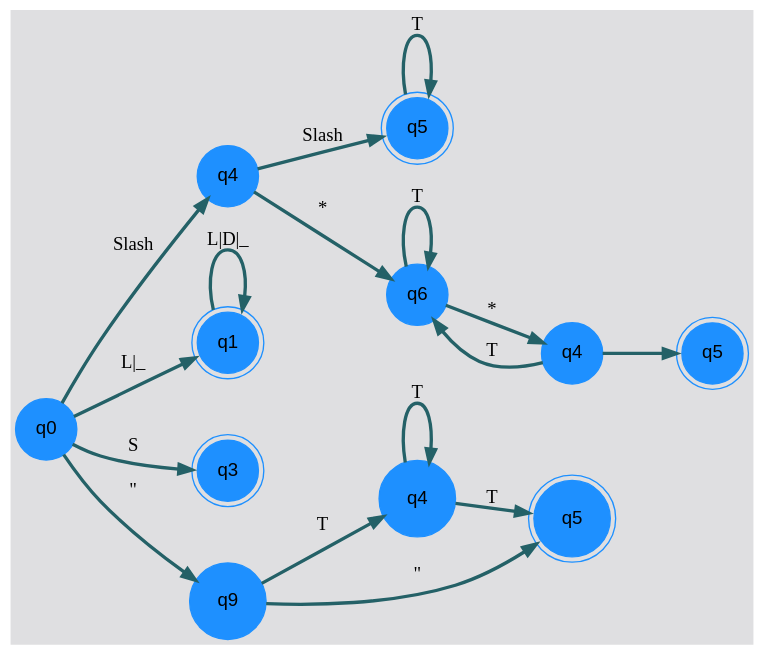
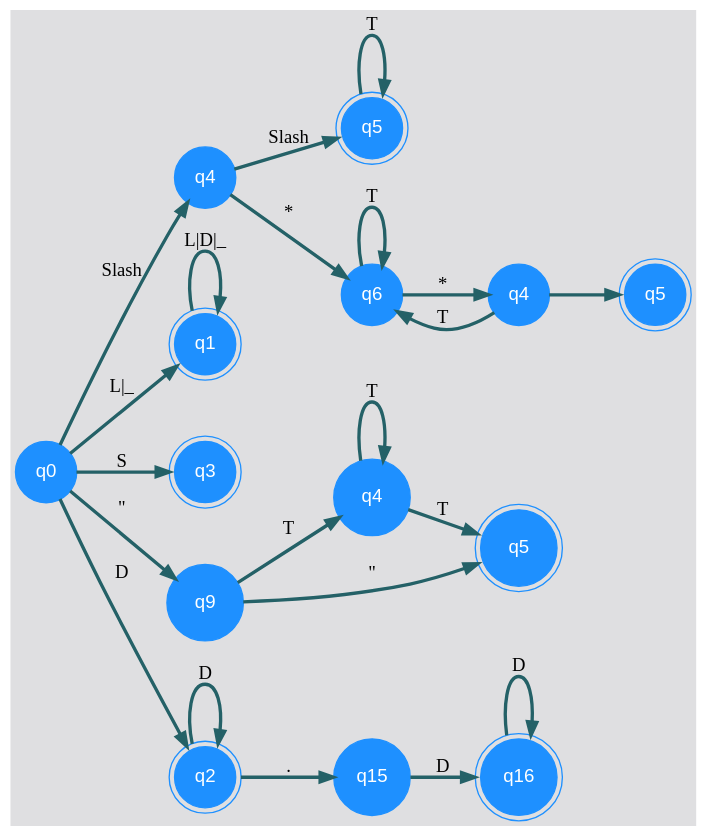
One commit to hr9457/OLC1_Proyecto1_201314296 changed the diagram in ReporteGrafico/grafo.dot. Above: the diagram before and after it, drawn with Graphviz. The commit also changed 22 other files, not shown here.

```diff
--- a/ReporteGrafico/grafo.dot
+++ b/ReporteGrafico/grafo.dot
@@ -1,34 +1,42 @@
 digraph automa {
 nodesep=0.6;
 rankdir=LR;
 bgcolor = "#DFDFE1";
-node [shape = circle, color=dodgerblue,style=filled,fontname ="helvetica"];
-edge[penwidth=2.5, color="#246167"]
+node [shape = circle, color=dodgerblue,style=filled,fontname ="helvetica" ,fontcolor=white];
+edge[penwidth=2.5, color="#246167" ,fontname ="Comic Sans MS",fontcolor=Black ]
 nodoRaiz[label="q0"];
 nodoSlash [shape=circle, label="q4"];
 nodoTodillo [shape=doublecircle, label="q5"];
 nodoRaiz->nodoSlash [label=" Slash\ "];
 nodoSlash->nodoTodillo [label=" Slash\ "];
 nodoTodillo->nodoTodillo [label=" T "];
 nodoAsterisco [shape=circle, label="q6"];
 nodoAsterisco2 [shape=circle, label="q4"];
 nodoSlashFinal [shape=doublecircle, label="q5"];
 nodoSlash->nodoAsterisco [label=" * "];
 nodoAsterisco->nodoAsterisco [label=" T "];
 nodoAsterisco->nodoAsterisco2 [label=" * "];
 nodoAsterisco2->nodoAsterisco [label=" T "];
 nodoAsterisco2->nodoSlashFinal [label=" \ "]; 
 nodoLetra[shape=doublecircle,label="q1"];
 nodoRaiz->nodoLetra[label="L|_"];
 nodoLetra->nodoLetra[label="L|D|_"];
 nodoSimbolo [shape=doublecircle, label="q3"];
 nodoRaiz->nodoSimbolo[label="S"];
 nodoComilla1 [shape=circle, label=" q9 "];
 nodoT [shape=circle, label=" q4 "];
 nodoComilla2 [shape=doublecircle, label=" q5 "];
 nodoRaiz->nodoComilla1 [label=" \" "];
 nodoComilla1->nodoT [label=" T "];
 nodoT->nodoT [label=" T "];
 nodoT->nodoComilla2 [label=" T "];
 nodoComilla1->nodoComilla2 [label=" \" "]; 
+nodoDigito[shape=doublecircle,label="q2"];
+nodoRaiz->nodoDigito[label="D"];
+nodoDigito->nodoDigito[label="D"];
+nodoPunto[shape=circle,label="q15"];
+nodoDecimal[shape=doublecircle,label="q16"];
+nodoDigito->nodoPunto[label="."];
+nodoPunto->nodoDecimal[label="D"];
+nodoDecimal->nodoDecimal[label="D"];
 }
```
